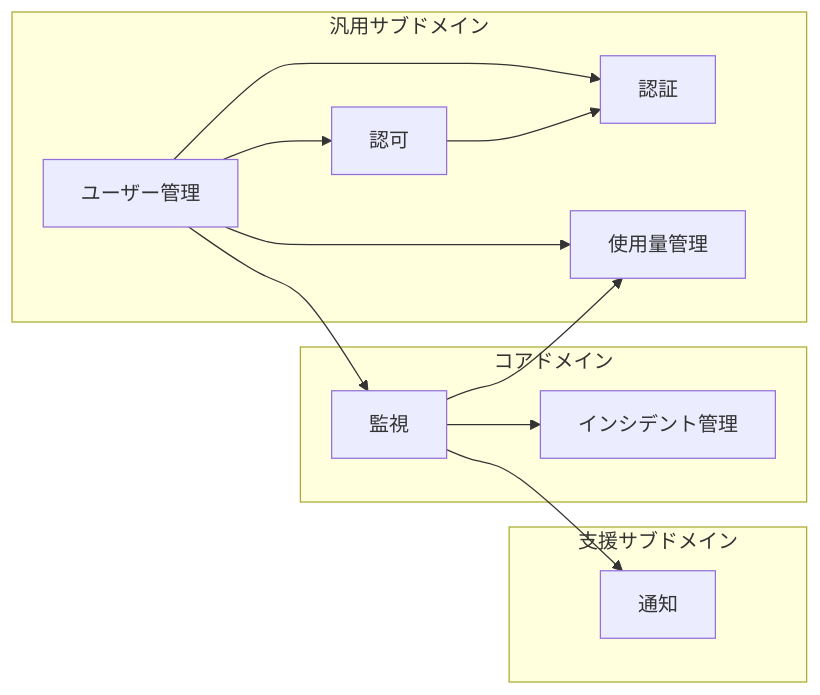
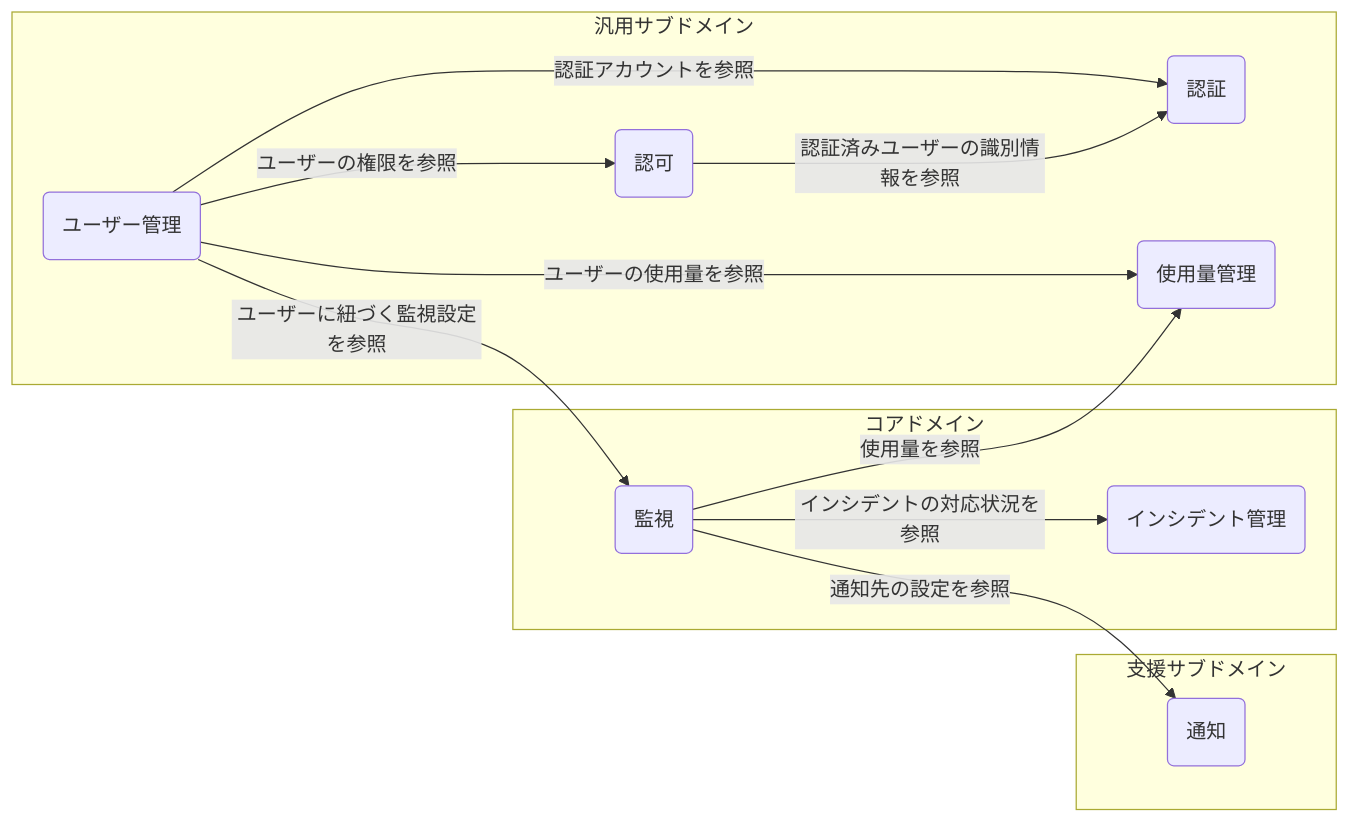
The first of 6 diagrams in docs/software/software_application_architecture_backend_domain_driven_design.md (hiroki-it/tech-notebook), drawn with Mermaid before and after one commit. The commit also changed other lines of this file, not shown here.

````diff
--- a/docs/software/software_application_architecture_backend_domain_driven_design.md
+++ b/docs/software/software_application_architecture_backend_domain_driven_design.md
@@ -359,25 +436,25 @@
 ```mermaid
 flowchart LR
   subgraph core["コアドメイン"]
-    monitoring["監視"]
-    incident["インシデント管理"]
+    monitoring("監視")
+    incident("インシデント管理")
   end
   subgraph supporting["支援サブドメイン"]
-    notification["通知"]
+    notification("通知")
   end
   subgraph generic["汎用サブドメイン"]
-    userManagement["ユーザー管理"]
-    authentication["認証"]
-    authorization["認可"]
-    usageManagement["使用量管理"]
+    userManagement("ユーザー管理")
+    authentication("認証")
+    authorization("認可")
+    usageManagement("使用量管理")
   end
 
-  monitoring --> usageManagement
-  monitoring --> incident
-  monitoring --> notification
-  userManagement --> authentication
-  userManagement --> authorization
-  userManagement --> monitoring
-  userManagement --> usageManagement
-  authorization --> authentication
+  monitoring -->|使用量を参照| usageManagement
+  monitoring -->|インシデントの対応状況を参照| incident
+  monitoring -->|通知先の設定を参照| notification
+  userManagement -->|認証アカウントを参照| authentication
+  userManagement -->|ユーザーの権限を参照| authorization
+  userManagement -->|ユーザーに紐づく監視設定を参照| monitoring
+  userManagement -->|ユーザーの使用量を参照| usageManagement
+  authorization -->|認証済みユーザーの識別情報を参照| authentication
 ```
````
